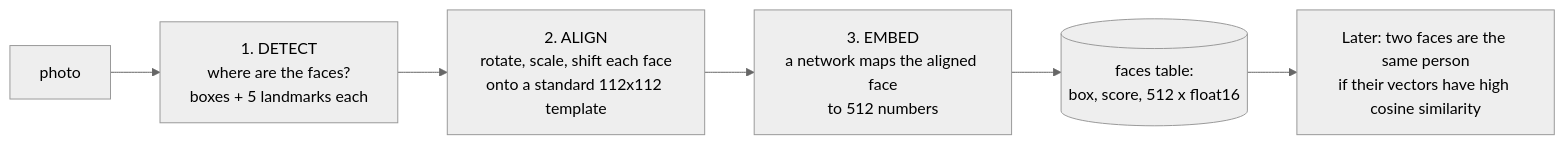
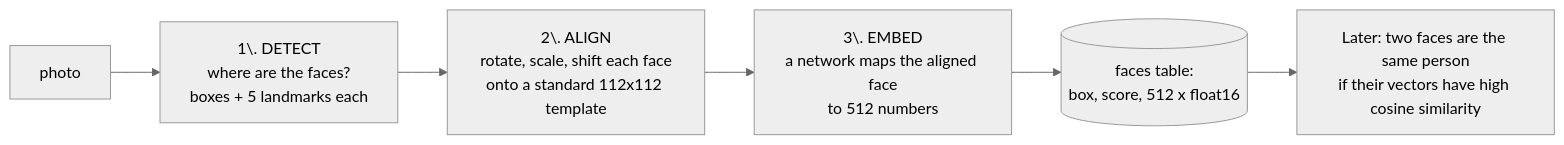
One commit to jflam/photo-estate changed the first of 2 diagrams in docs/book/14-faces.md. Above: the diagram before and after it, drawn with Mermaid (neutral theme). The commit also changed 4 other files, not shown here.

First line of the commit message:
Book site: numbered diagram labels read as lists, so they drew as errors

````diff
--- a/docs/book/14-faces.md
+++ b/docs/book/14-faces.md
@@ -18,8 +18,8 @@
 ```mermaid
 flowchart LR
-    A["photo"] --> D["1. DETECT<br/>where are the faces?<br/>boxes + 5 landmarks each"]
-    D --> AL["2. ALIGN<br/>rotate, scale, shift each face<br/>onto a standard 112x112 template"]
-    AL --> E["3. EMBED<br/>a network maps the aligned face<br/>to 512 numbers"]
+    A["photo"] --> D["1\. DETECT<br/>where are the faces?<br/>boxes + 5 landmarks each"]
+    D --> AL["2\. ALIGN<br/>rotate, scale, shift each face<br/>onto a standard 112x112 template"]
+    AL --> E["3\. EMBED<br/>a network maps the aligned face<br/>to 512 numbers"]
     E --> S[("faces table:<br/>box, score, 512 x float16")]
     S --> CMP["Later: two faces are the same person<br/>if their vectors have high cosine similarity"]
 ```
````
